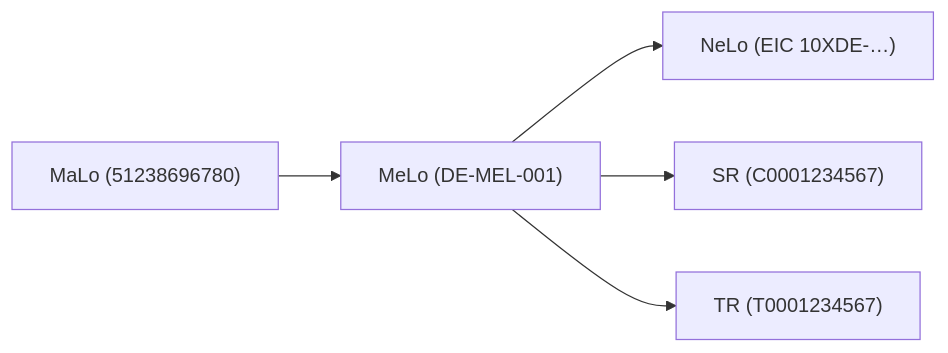
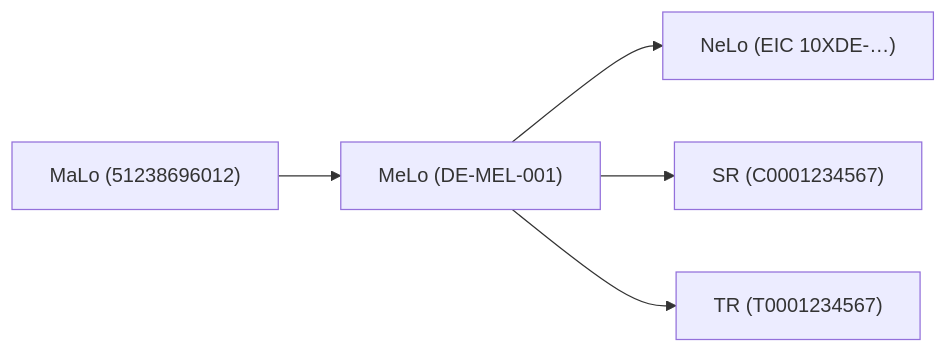
One commit to hupe1980/mako changed the sixth of 6 diagrams in site/content/docs/services/marktd.md. Above: the diagram before and after it, drawn with Mermaid. The commit also changed other lines of this file and 231 other files, not shown here.

````diff
--- a/site/content/docs/services/marktd.md
+++ b/site/content/docs/services/marktd.md
@@ -1962,7 +1962,7 @@
 ```mermaid
 graph LR
-    MaLo["MaLo (51238696780)"] --> MeLo["MeLo (DE-MEL-001)"]
+    MaLo["MaLo (51238696012)"] --> MeLo["MeLo (DE-MEL-001)"]
     MeLo --> NeLo["NeLo (EIC 10XDE-…)"]
     MeLo --> SR["SR (C0001234567)"]
     MeLo --> TR["TR (T0001234567)"]
 ```
````
